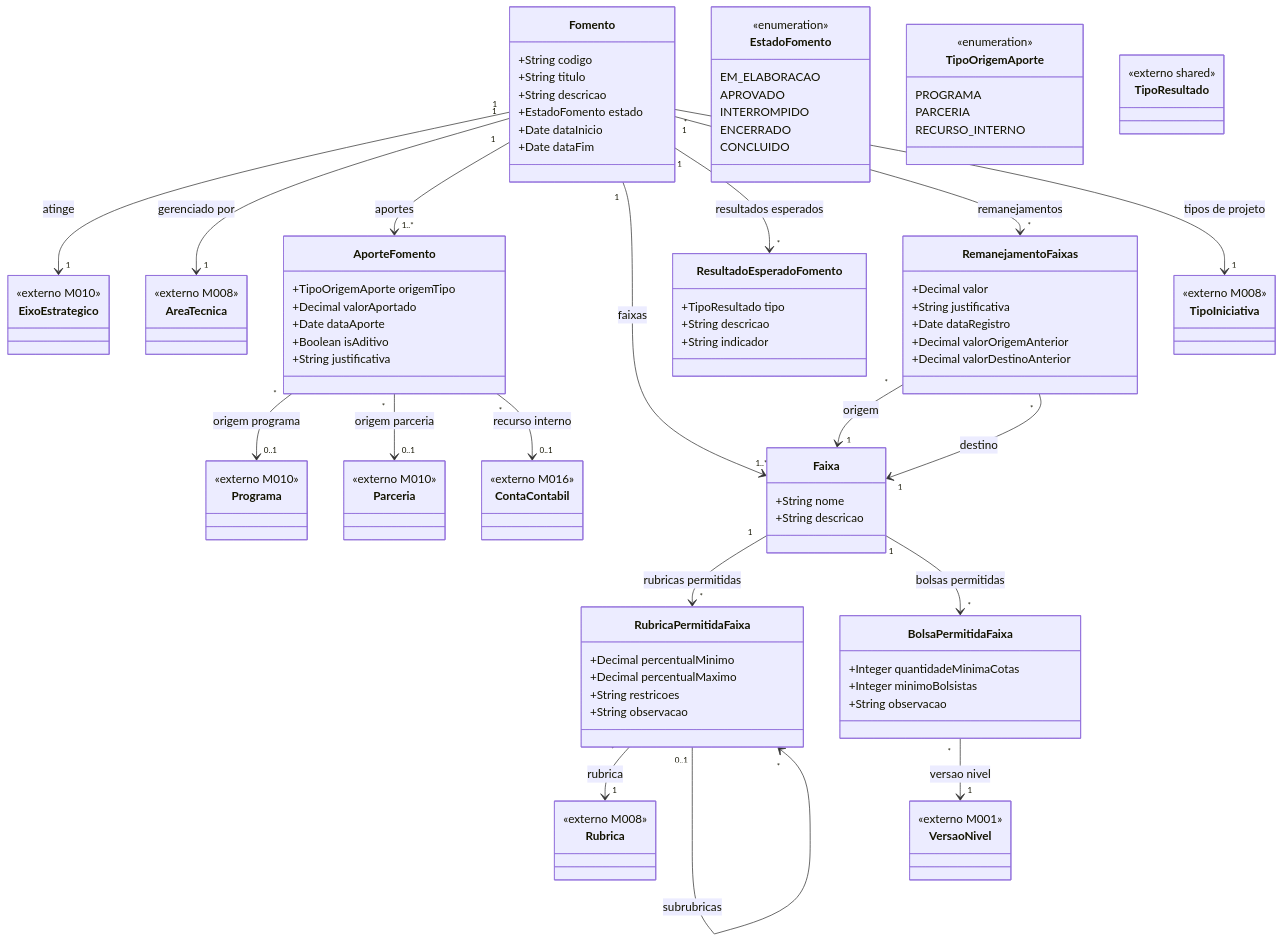
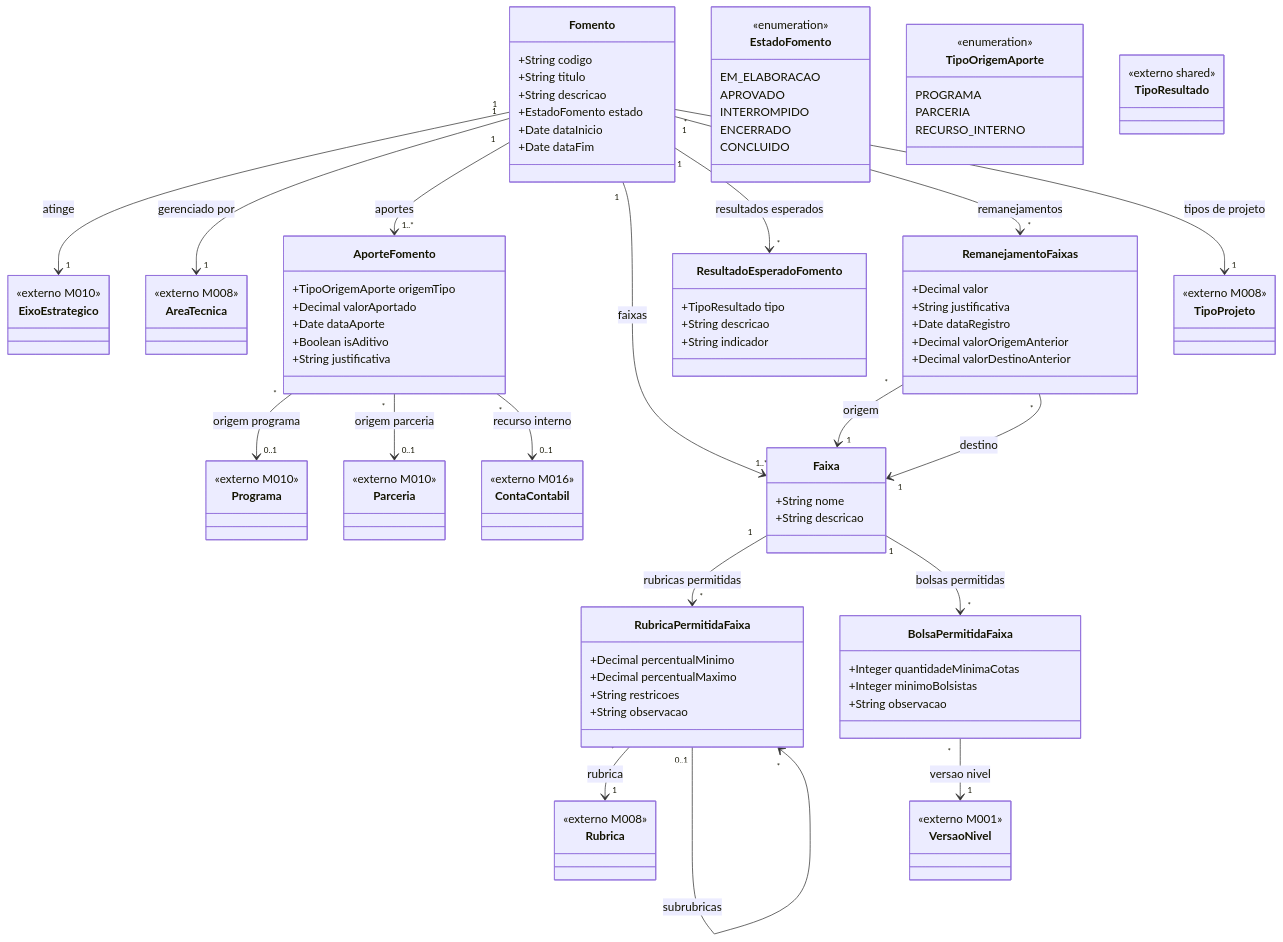
The first of 3 diagrams in docs/implementation/modules/M011-configuracao-captacao/modelo-estrutural-por-processo.md (Czzped/conecta-fapes-teste), drawn with Mermaid before and after one commit. The commit also changed other lines of this file and 6 other files, not shown here.

First line of the commit message:
refactor(M011,M008): renomeia TipoIniciativa para TipoProjeto

```diff
--- a/docs/implementation/modules/M011-configuracao-captacao/modelo-estrutural-por-processo.md
+++ b/docs/implementation/modules/M011-configuracao-captacao/modelo-estrutural-por-processo.md
@@ -102,7 +102,7 @@
         <<externo M008>>
     }
 
-    class TipoIniciativa {
+    class TipoProjeto {
         <<externo M008>>
     }
 
@@ -124,7 +124,7 @@
     Fomento "1" --> "1..*" Faixa : faixas
     Fomento "1" --> "*" ResultadoEsperadoFomento : resultados esperados
     Fomento "1" --> "*" RemanejamentoFaixas : remanejamentos
-    Fomento "*" --> "1" TipoIniciativa : tipos de projeto
+    Fomento "*" --> "1" TipoProjeto : tipos de projeto
 
     AporteFomento "*" --> "0..1" Programa : origem programa
     AporteFomento "*" --> "0..1" Parceria : origem parceria
```
